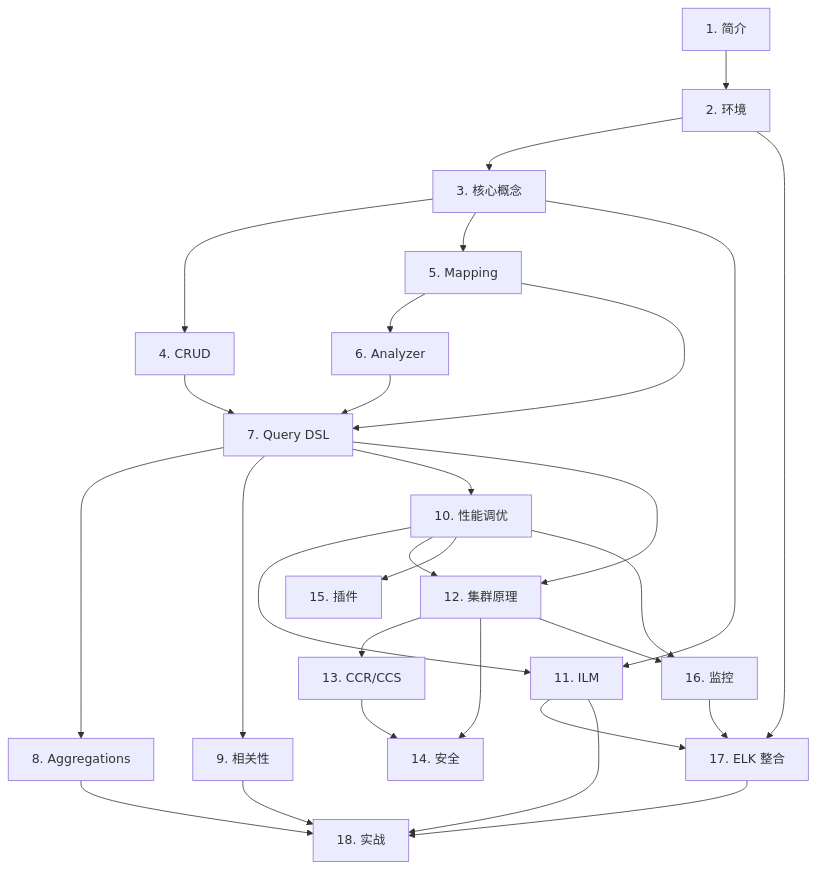
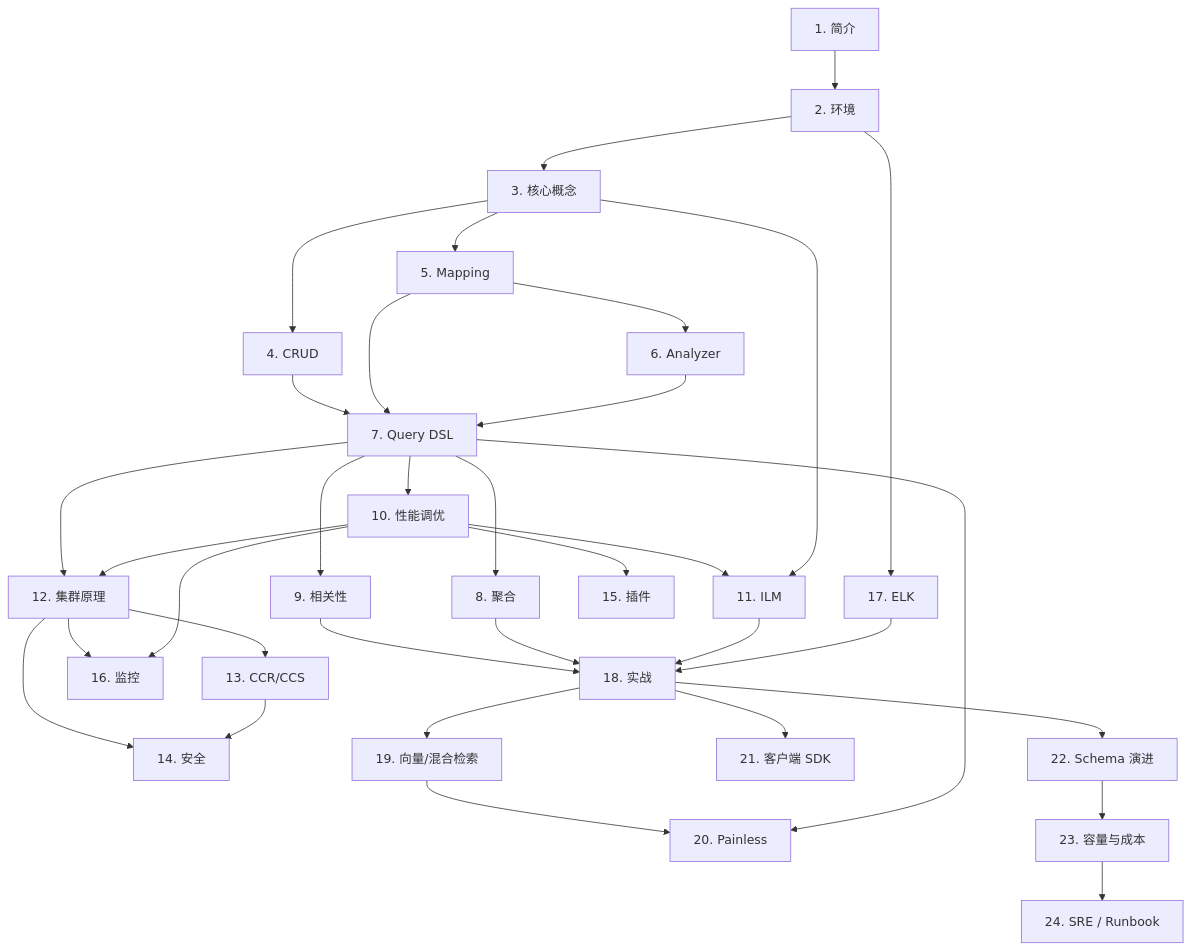
The diagram in elasticsearch-learn/04-总结资料/学习路径总图.md (hongchun101/learn), drawn with Mermaid before and after one commit. The commit also changed other lines of this file and 359 other files, not shown here.

````diff
--- a/elasticsearch-learn/04-总结资料/学习路径总图.md
+++ b/elasticsearch-learn/04-总结资料/学习路径总图.md
@@ -52,31 +55,36 @@
 ```mermaid
 flowchart TD
   A[1. 简介] --> B[2. 环境]
   B --> C[3. 核心概念]
   C --> D[4. CRUD]
   C --> E[5. Mapping]
   E --> F[6. Analyzer]
   D --> G[7. Query DSL]
   E --> G
   F --> G
   G --> H[8. Aggregations]
   G --> I[9. 相关性]
   G --> J[10. 性能调优]
   J --> K[11. ILM]
   C --> K
   G --> L[12. 集群原理]
   J --> L
   L --> M[13. CCR/CCS]
   L --> N[14. 安全]
   M --> N
   J --> O[15. 插件]
   L --> P[16. 监控]
   J --> P
   B --> Q[17. ELK 整合]
-  P --> Q
-  K --> Q
-  I --> R[18. 实战]
-  H --> R
-  K --> R
-  Q --> R
+I[9. 相关性] --> R[18. 实战]
+H[8. 聚合] --> R
+K[11. ILM] --> R
+Q[17. ELK] --> R
+  R --> S[19. 向量/混合检索]
+  S --> T[20. Painless]
+  G --> T
+  R --> U[21. 客户端 SDK]
+  R --> V[22. Schema 演进]
+  V --> W[23. 容量与成本]
+  W --> X[24. SRE / Runbook]
 ```
````
